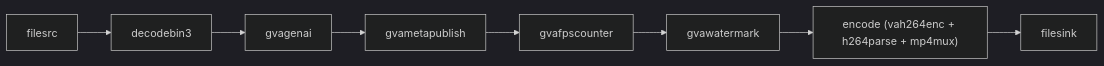
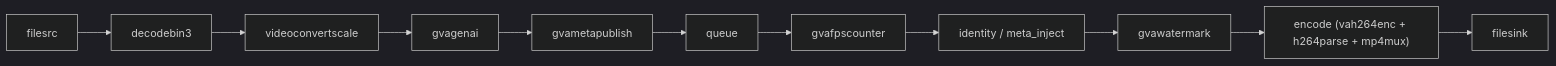
The diagram in samples/gstreamer/python/vlm_alerts/README.md (open-edge-platform/dlstreamer), drawn with Mermaid (dark theme) before and after one commit. The commit also changed other lines of this file and 1 other file, not shown here.

Commit message:
vlm_alerts: display VLM result text as video overlay

````diff
--- a/samples/gstreamer/python/vlm_alerts/README.md
+++ b/samples/gstreamer/python/vlm_alerts/README.md
@@ -52,10 +52,13 @@
 ```mermaid
 graph LR
     A[filesrc] --> B[decodebin3]
-    B --> C[gvagenai]
-    C --> D[gvametapublish]
-    D --> E[gvafpscounter]
-    E --> F[gvawatermark]
-    F --> G["encode (vah264enc + h264parse + mp4mux)"]
-    G --> H[filesink]
+    B --> C[videoconvertscale]
+    C --> D[gvagenai]
+    D --> E[gvametapublish]
+    E --> F[queue]
+    F --> G[gvafpscounter]
+    G --> H[identity / meta_inject]
+    H --> I[gvawatermark]
+    I --> J["encode (vah264enc + h264parse + mp4mux)"]
+    J --> K[filesink]
 ```
````
